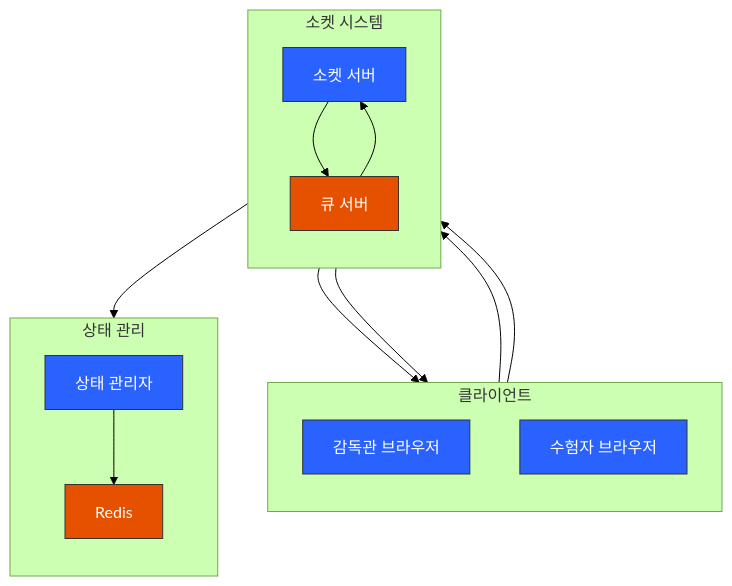
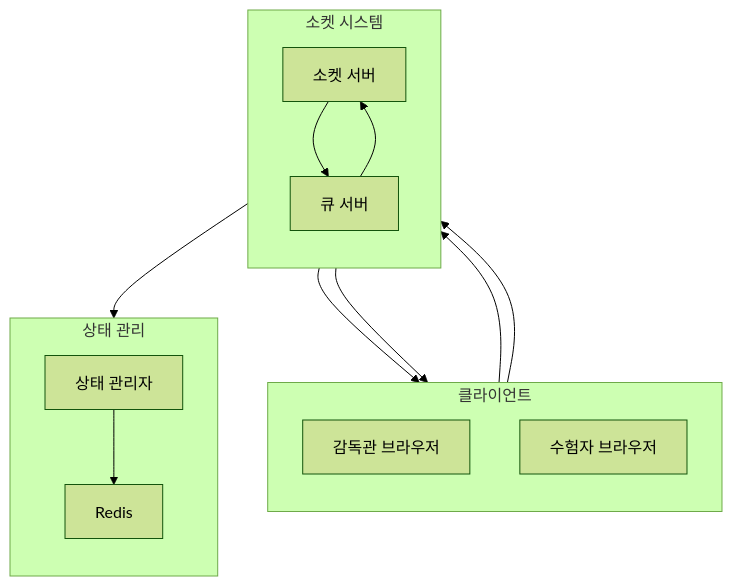
Before and after one commit to ldmrepo/exam-arch: the first of 2 diagrams in 시나리오/05 감독관의 시험 시작 시나리오.md, drawn with Mermaid (forest theme). The commit also changed 7 other files, not shown here.

Commit message:
상태 처리 다이어그램에서 스타일 제거 및 시퀀스 다이어그램 추가

````diff
--- a/시나리오/05 감독관의 시험 시작 시나리오.md
+++ b/시나리오/05 감독관의 시험 시작 시나리오.md
@@ -3,44 +3,37 @@
 ```mermaid
 flowchart TB
     subgraph Clients["클라이언트"]
         direction TB
         SB["감독관 브라우저"]
         CB["수험자 브라우저"]
     end
 
     subgraph SocketSystem["소켓 시스템"]
         direction TB
         SS["소켓 서버"]
         QS["큐 서버"]
     end
 
     subgraph StateManagement["상태 관리"]
         direction TB
         SM["상태 관리자"]
         RS["Redis"]
     end
 
     %% 감독관 명령 흐름
     SB --> SS
     SS --> QS
 
     %% 수험자 상태 변경 흐름
     CB --> SS
 
     %% 이벤트 구독 처리
     QS --> SS
     QS --> SM
     SM --> RS
 
     %% 알림 전달
     SS --> CB
     SS --> SB
 
-    style SB fill:#2962ff,stroke:#333,color:#fff
-    style CB fill:#2962ff,stroke:#333,color:#fff
-    style SS fill:#2962ff,stroke:#333,color:#fff
-    style QS fill:#e65100,stroke:#333,color:#fff
-    style SM fill:#2962ff,stroke:#333,color:#fff
-    style RS fill:#e65100,stroke:#333,color:#fff
-
 ```
````
